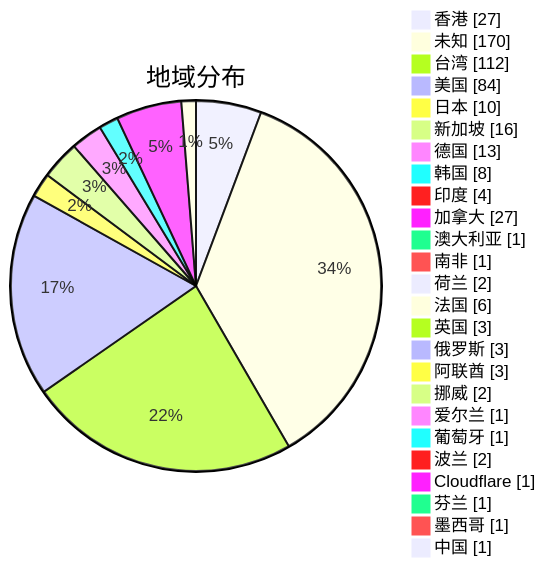
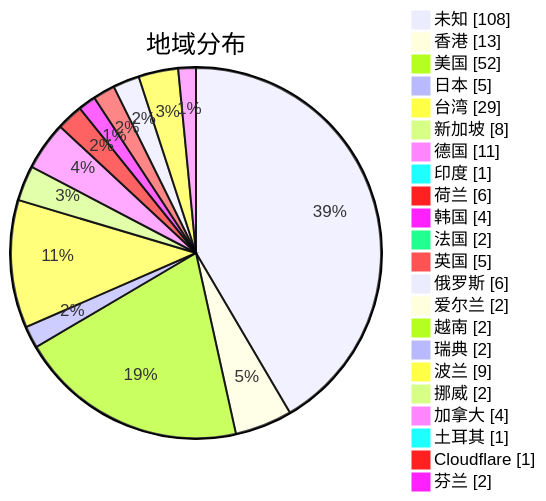
The second of 3 diagrams in subs/statistics/tested_within.md (sinspired/airport), drawn with Mermaid before and after one commit. The commit also changed other lines of this file and 2 other files, not shown here.

Commit message:
Tested by metaST

````diff
--- a/subs/statistics/tested_within.md
+++ b/subs/statistics/tested_within.md
@@ -14,29 +13,26 @@
 ```mermaid
 pie showData
 title 地域分布
-"香港" : 27
-"未知" : 170
-"台湾" : 112
-"美国" : 84
-"日本" : 10
-"新加坡" : 16
-"德国" : 13
-"韩国" : 8
-"印度" : 4
-"加拿大" : 27
-"澳大利亚" : 1
-"南非" : 1
-"荷兰" : 2
-"法国" : 6
-"英国" : 3
-"俄罗斯" : 3
-"阿联酋" : 3
+"未知" : 108
+"香港" : 13
+"美国" : 52
+"日本" : 5
+"台湾" : 29
+"新加坡" : 8
+"德国" : 11
+"印度" : 1
+"荷兰" : 6
+"韩国" : 4
+"法国" : 2
+"英国" : 5
+"俄罗斯" : 6
+"爱尔兰" : 2
+"越南" : 2
+"瑞典" : 2
+"波兰" : 9
 "挪威" : 2
-"爱尔兰" : 1
-"葡萄牙" : 1
-"波兰" : 2
+"加拿大" : 4
+"土耳其" : 1
 "Cloudflare" : 1
-"芬兰" : 1
-"墨西哥" : 1
-"中国" : 1
+"芬兰" : 2
 ```
````
